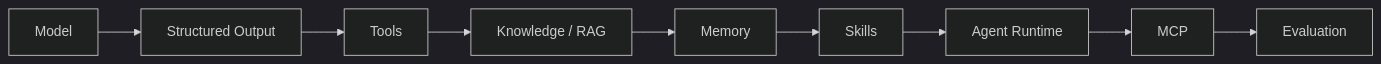
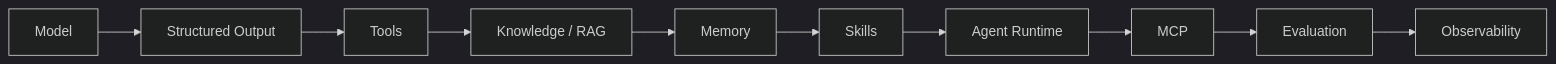
Before and after one commit to cagridursun/agentic-developer-handbook: the diagram in README.md, drawn with Mermaid (dark theme). The commit also changed other lines of this file and 62 other files, not shown here.

````diff
--- a/README.md
+++ b/README.md
@@ -21,4 +21,4 @@
 ```mermaid
 flowchart LR
-    model["Model"] --> structured["Structured Output"] --> tools["Tools"] --> knowledge["Knowledge / RAG"] --> memory["Memory"] --> skills["Skills"] --> runtime["Agent Runtime"] --> mcp["MCP"] --> evaluation["Evaluation"]
+    model["Model"] --> structured["Structured Output"] --> tools["Tools"] --> knowledge["Knowledge / RAG"] --> memory["Memory"] --> skills["Skills"] --> runtime["Agent Runtime"] --> mcp["MCP"] --> evaluation["Evaluation"] --> observability["Observability"]
 ```
````
